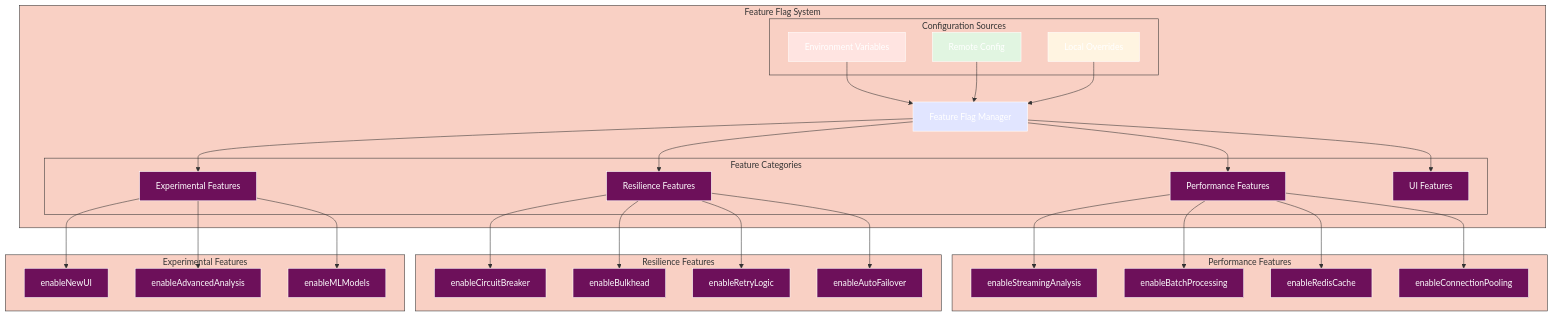
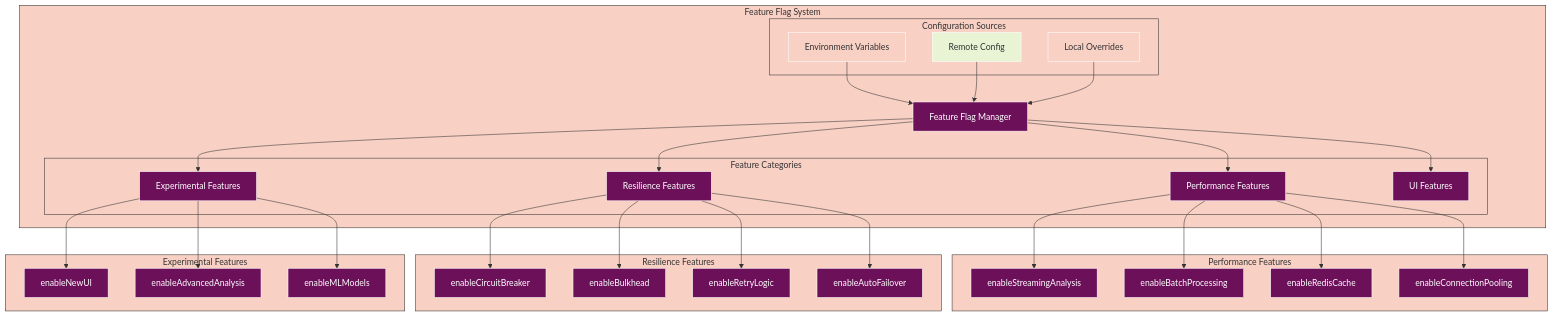
Before and after one commit to radicalkjax/Athena: the ninth of 11 diagrams in docs/GETTING_STARTED.md, drawn with Mermaid. The commit also changed other lines of this file and 4 other files, not shown here.

Commit message:
updates to mermaid styling

````diff
--- a/docs/GETTING_STARTED.md
+++ b/docs/GETTING_STARTED.md
@@ -829,8 +829,8 @@
     Experimental --> AdvAnalysis
     Experimental --> MLModels
     
-    style Manager fill:#e1e5ff
-    style Env fill:#ffe4e1
-    style Remote fill:#e1f5e1
-    style Local fill:#fff4e1
+    style Manager fill:#6d105a,color:#fff
+    style Env fill:#f9d0c4,color:#333
+    style Remote fill:#e8f4d4,color:#333
+    style Local fill:#f9d0c4,color:#333
 ```
````
